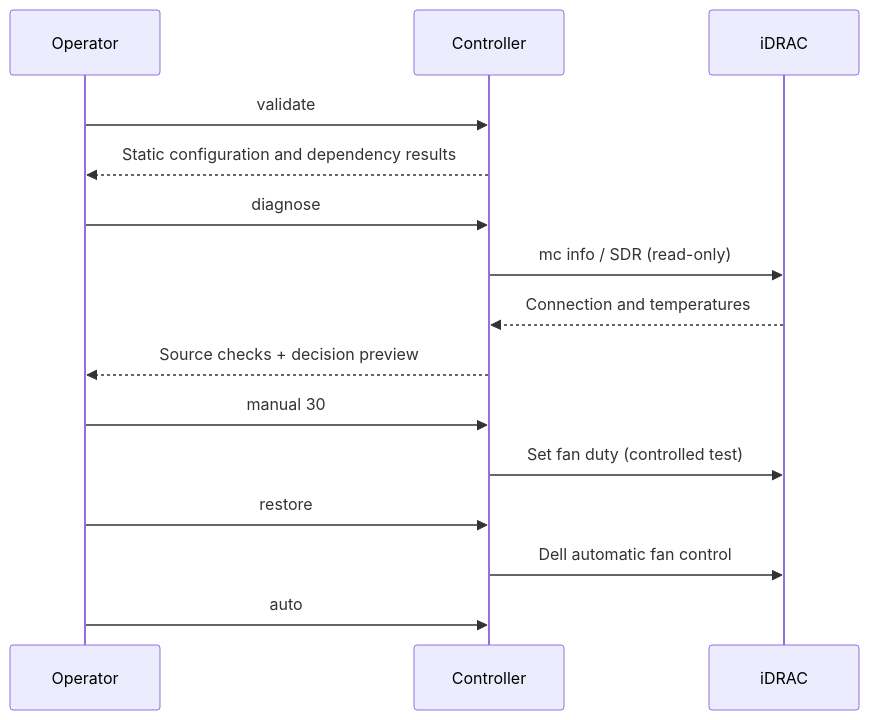
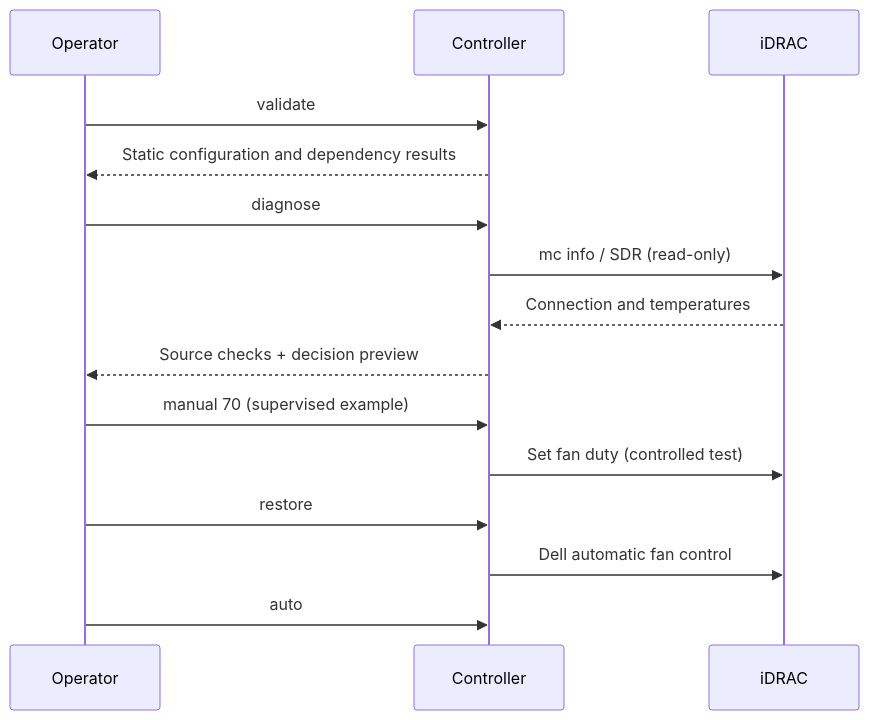
One commit to DF-wu/iDRACFanSpeedControl changed the second of 3 diagrams in README.md. Above: the diagram before and after it, drawn with Mermaid. The commit also changed other lines of this file and 9 other files, not shown here.

````diff
--- a/README.md
+++ b/README.md
@@ -135,17 +160,17 @@
 ```mermaid
 sequenceDiagram
     participant U as Operator
     participant C as Controller
     participant D as iDRAC
     U->>C: validate
     C-->>U: Static configuration and dependency results
     U->>C: diagnose
     C->>D: mc info / SDR (read-only)
     D-->>C: Connection and temperatures
     C-->>U: Source checks + decision preview
-    U->>C: manual 30
+    U->>C: manual 70 (supervised example)
     C->>D: Set fan duty (controlled test)
     U->>C: restore
     C->>D: Dell automatic fan control
     U->>C: auto
 ```
````
